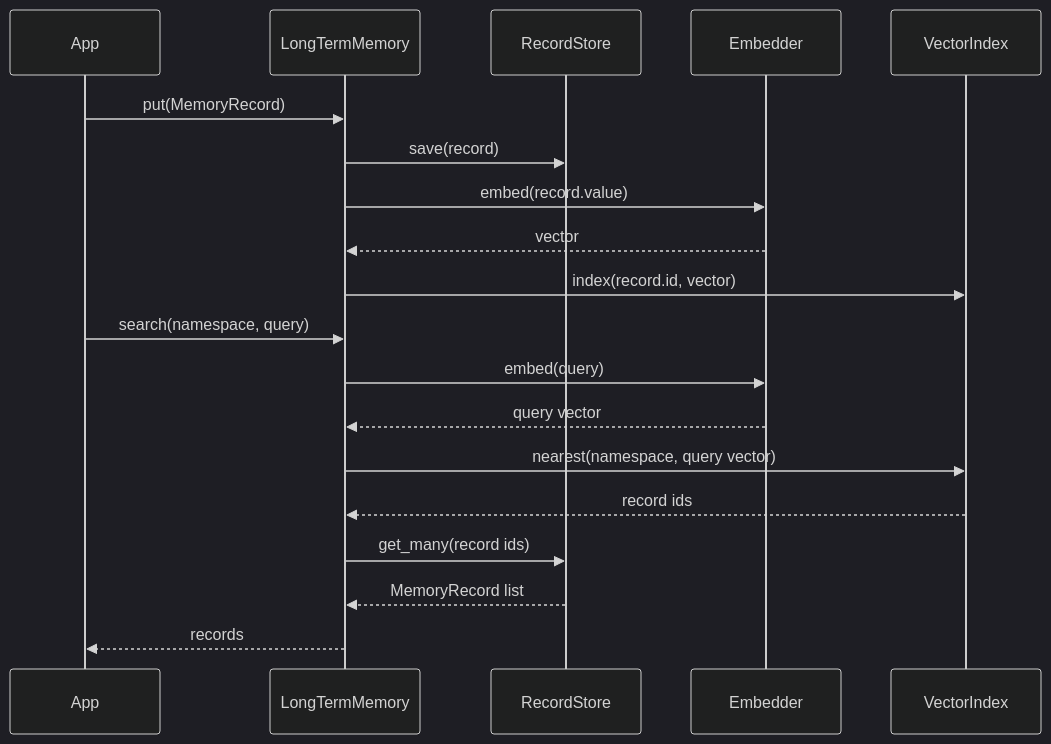
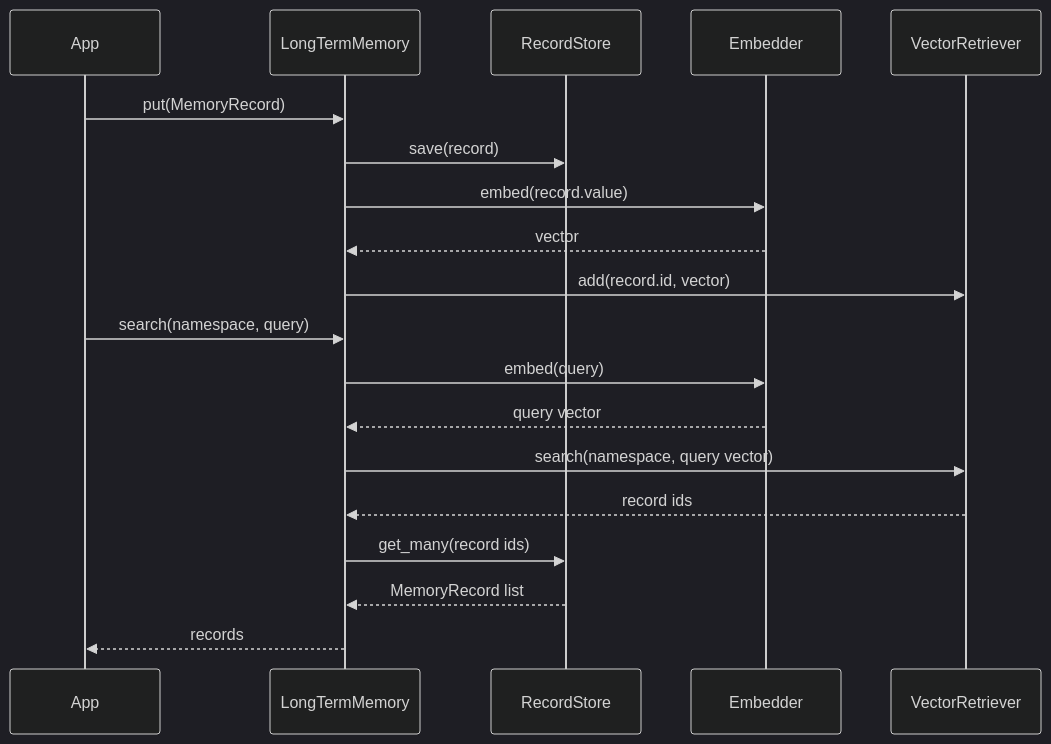
One commit to hluchetu/llm-memory-from-scratch- changed the second of 4 diagrams in docs/long-term-memory.md. Above: the diagram before and after it, drawn with Mermaid (dark theme). The commit also changed other lines of this file and 10 other files, not shown here.

Commit message:
Refactor long-term memory architecture

````diff
--- a/docs/long-term-memory.md
+++ b/docs/long-term-memory.md
@@ -189,23 +208,23 @@
 ```mermaid
 sequenceDiagram
     participant App
     participant Memory as LongTermMemory
     participant Store as RecordStore
     participant Embedder
-    participant VectorIndex
+    participant VectorRetriever
 
     App->>Memory: put(MemoryRecord)
     Memory->>Store: save(record)
     Memory->>Embedder: embed(record.value)
     Embedder-->>Memory: vector
-    Memory->>VectorIndex: index(record.id, vector)
+    Memory->>VectorRetriever: add(record.id, vector)
 
     App->>Memory: search(namespace, query)
     Memory->>Embedder: embed(query)
     Embedder-->>Memory: query vector
-    Memory->>VectorIndex: nearest(namespace, query vector)
-    VectorIndex-->>Memory: record ids
+    Memory->>VectorRetriever: search(namespace, query vector)
+    VectorRetriever-->>Memory: record ids
     Memory->>Store: get_many(record ids)
     Store-->>Memory: MemoryRecord list
     Memory-->>App: records
 ```
````
